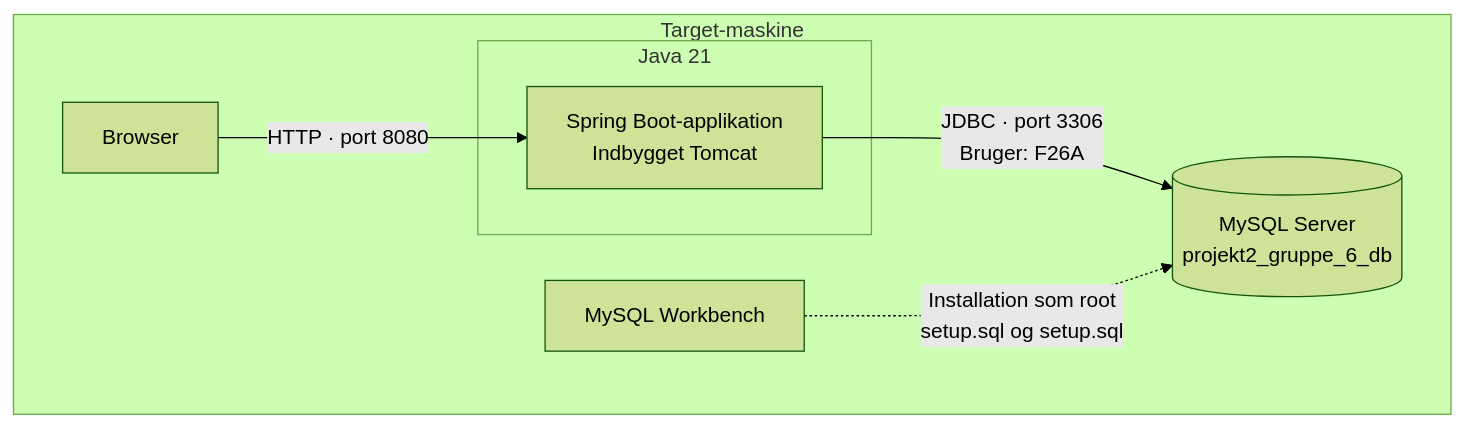
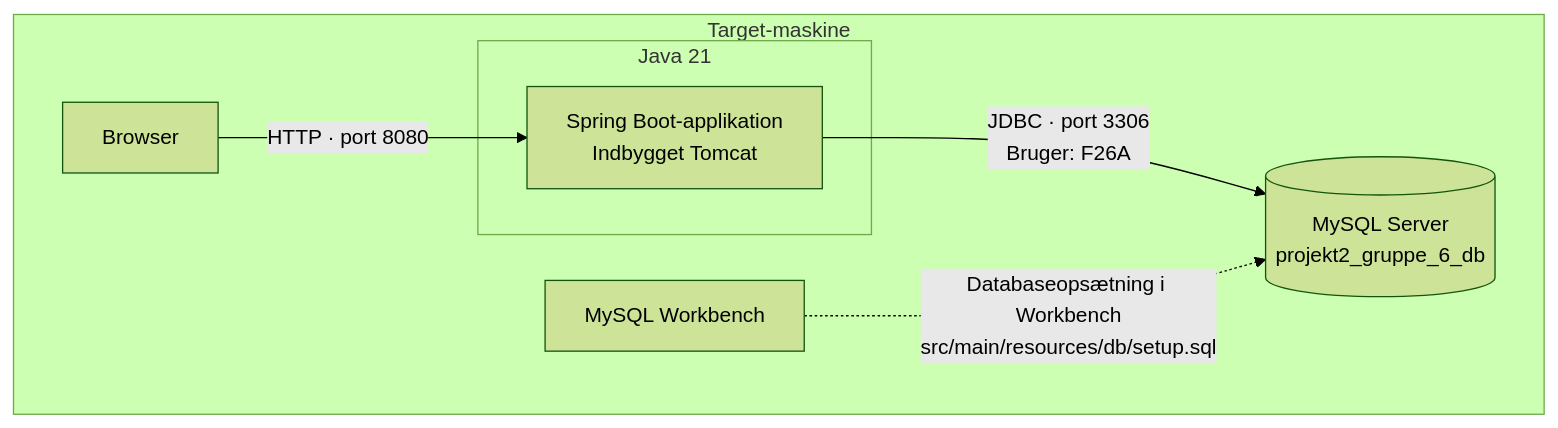
Before and after one commit to alagami-ux/Projekt2_Gruppe_6: the fourth of 4 diagrams in docs/diagrammer.md, drawn with Mermaid (forest theme). The commit also changed other lines of this file, not shown here.

Commit message:
docs: ret sekvens- og deployment-diagram mod kode

````diff
--- a/docs/diagrammer.md
+++ b/docs/diagrammer.md
@@ -112,14 +112,14 @@
 ```mermaid
 flowchart TB
     subgraph Target["Target-maskine"]
         Browser["Browser"]
         subgraph Java["Java 21"]
             App["Spring Boot-applikation<br/>Indbygget Tomcat"]
         end
         DB[("MySQL Server<br/>projekt2_gruppe_6_db")]
         Workbench["MySQL Workbench"]
         Browser -->|"HTTP · port 8080"| App
         App -->|"JDBC · port 3306<br/>Bruger: F26A"| DB
-        Workbench -.->|"Installation som root<br/>setup.sql og setup.sql"| DB
+        Workbench -.->|"Databaseopsætning i Workbench<br/>src/main/resources/db/setup.sql"| DB
     end
 ```
````
